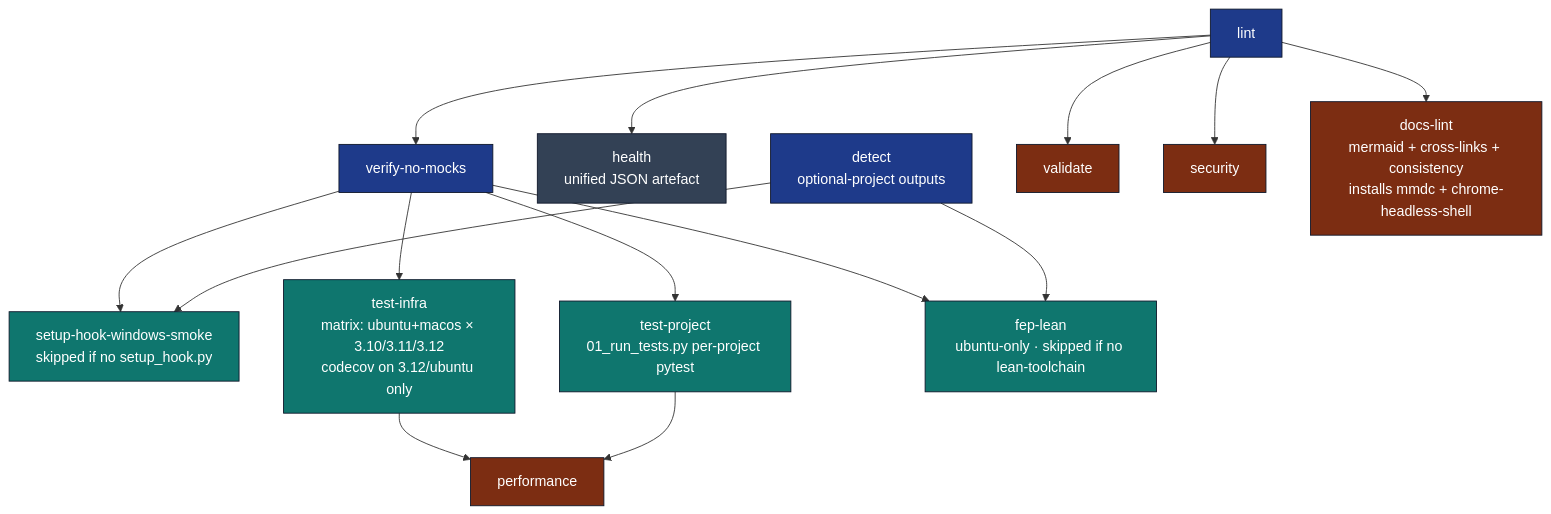
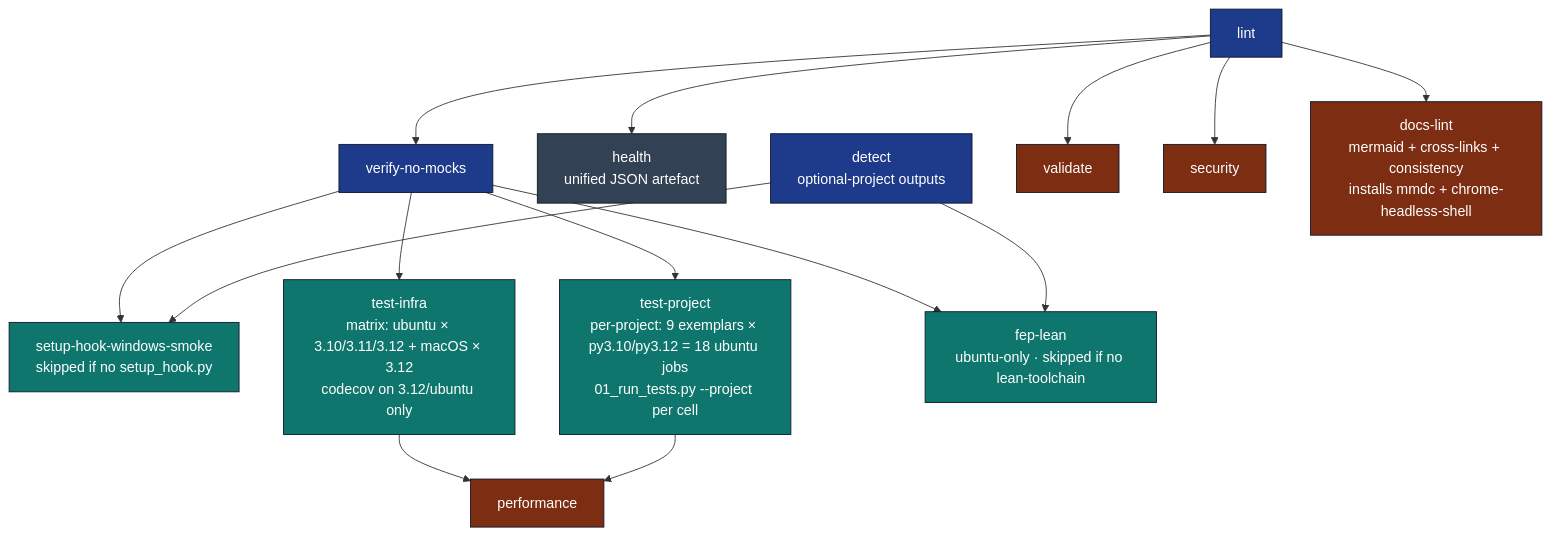
One commit to docxology/template changed the second of 2 diagrams in .github/workflows/AGENTS.md. Above: the diagram before and after it, drawn with Mermaid. The commit also changed other lines of this file and 4 other files, not shown here.

First line of the commit message:
ci: split Project Tests into one parallel job per exemplar

````diff
--- a/.github/workflows/AGENTS.md
+++ b/.github/workflows/AGENTS.md
@@ -44,26 +44,26 @@
 ```mermaid
 flowchart TB
     DET[detect<br/>optional-project outputs]
     LINT[lint] --> HEALTH[health<br/>unified JSON artefact]
     LINT --> VNM[verify-no-mocks]
     LINT --> VAL[validate]
     LINT --> SEC[security]
     LINT --> DL[docs-lint<br/>mermaid + cross-links + consistency<br/>installs mmdc + chrome-headless-shell]
     VNM --> SHW[setup-hook-windows-smoke<br/>skipped if no setup_hook.py]
-    VNM --> TI[test-infra<br/>matrix: ubuntu+macos × 3.10/3.11/3.12<br/>codecov on 3.12/ubuntu only]
-    VNM --> TP[test-project<br/>01_run_tests.py per-project pytest]
+    VNM --> TI[test-infra<br/>matrix: ubuntu × 3.10/3.11/3.12 + macOS × 3.12<br/>codecov on 3.12/ubuntu only]
+    VNM --> TP[test-project<br/>per-project: 9 exemplars × py3.10/py3.12 = 18 ubuntu jobs<br/>01_run_tests.py --project per cell]
     VNM --> FL[fep-lean<br/>ubuntu-only · skipped if no lean-toolchain]
     DET --> SHW
     DET --> FL
     TI --> PERF[performance]
     TP --> PERF
 
     classDef gate fill:#1e3a8a,stroke:#0f172a,color:#fff
     classDef matrix fill:#0f766e,stroke:#0f172a,color:#fff
     classDef terminal fill:#7c2d12,stroke:#0f172a,color:#fff
     classDef info fill:#334155,stroke:#0f172a,color:#fff
     class DET,LINT,VNM gate
     class TI,TP,FL,SHW matrix
     class VAL,SEC,DL,PERF terminal
     class HEALTH info
 ```
````
